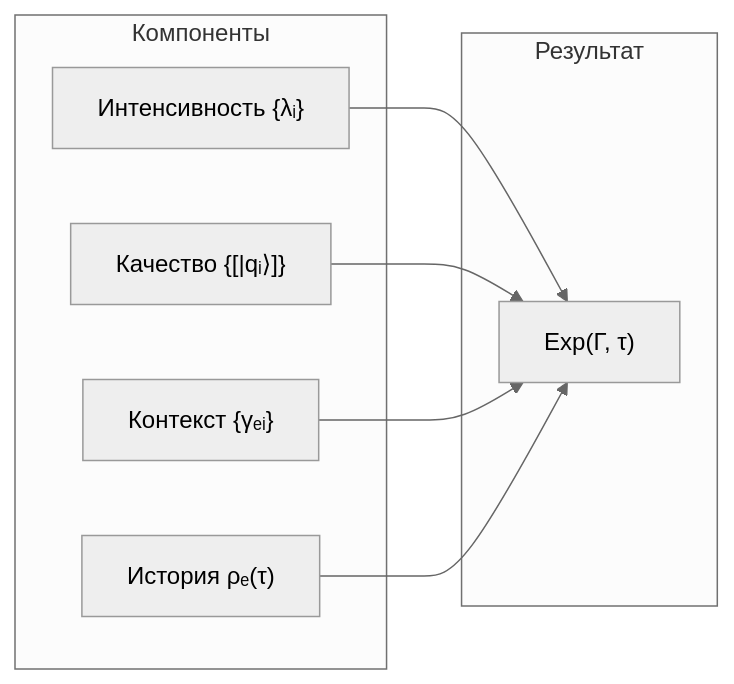
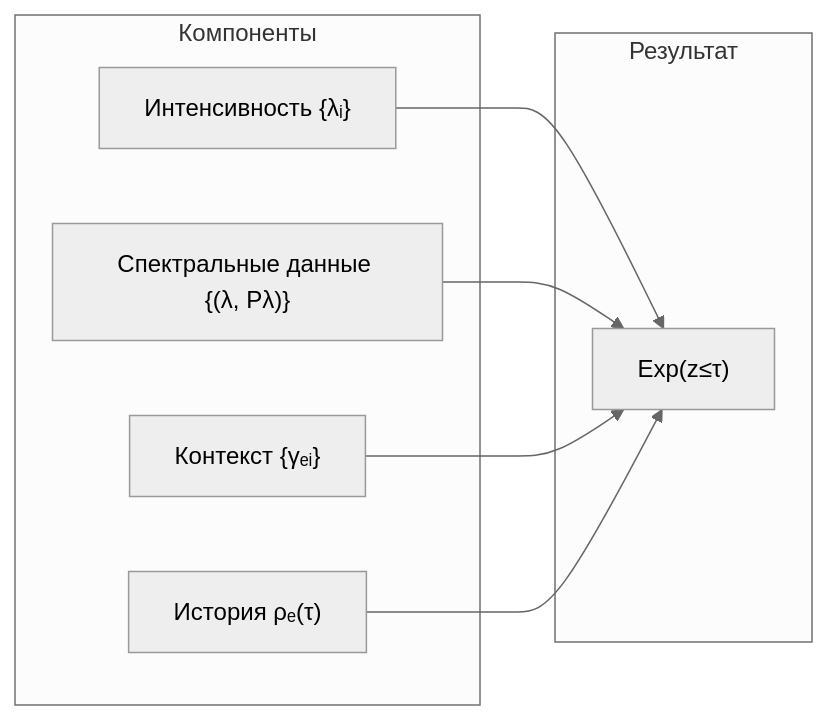
Before and after one commit to gst-st/uhm: the diagram in website/i18n/ru/docusaurus-plugin-content-docs/current/consciousness/foundations/interiority-theory.md, drawn with Mermaid (neutral theme). The commit also changed other lines of this file and 90 other files, not shown here.

````diff
--- a/website/i18n/ru/docusaurus-plugin-content-docs/current/consciousness/foundations/interiority-theory.md
+++ b/website/i18n/ru/docusaurus-plugin-content-docs/current/consciousness/foundations/interiority-theory.md
@@ -459,16 +389,16 @@
 ```mermaid
 graph LR
     subgraph Input["Компоненты"]
         I["Интенсивность {λᵢ}"]
-        Q["Качество {[|qᵢ⟩]}"]
+        Q["Спектральные данные {(λ, Pλ)}"]
         C["Контекст {γₑᵢ}"]
         H["История ρₑ#40;τ#41;"]
     end
     subgraph Output["Результат"]
-        Exp["Exp#40;Γ, τ#41;"]
+        Exp["Exp#40;z≤τ#41;"]
     end
     I --> Exp
     Q --> Exp
     C --> Exp
     H --> Exp
 ```
````
